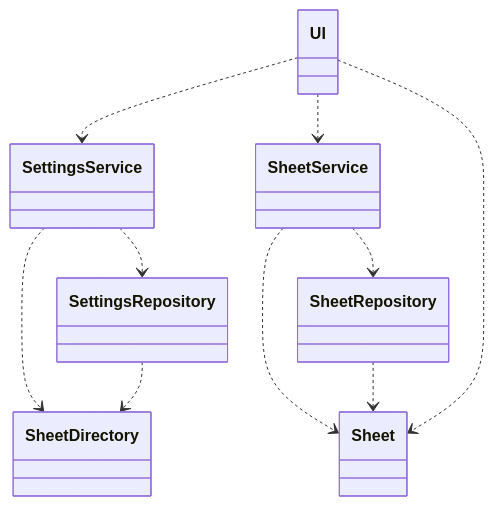
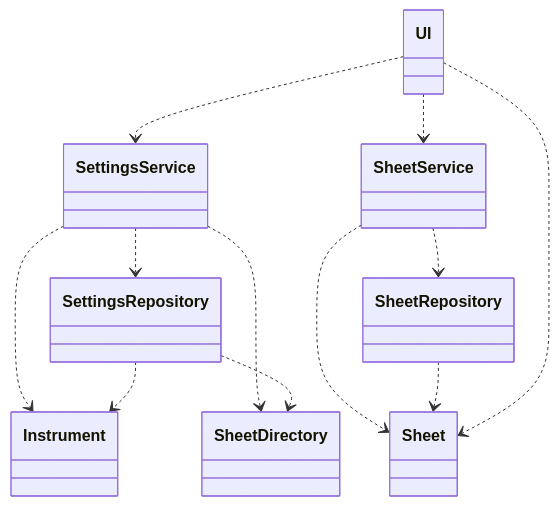
The first of 2 diagrams in dokumentaatio/arkkitehtuuri.md (TatuLaras/ot-harjoitustyo), drawn with Mermaid before and after one commit.

Commit message:
Updated class diagram in dokumentaatio/arkkitehtuuri.md

````diff
--- a/dokumentaatio/arkkitehtuuri.md
+++ b/dokumentaatio/arkkitehtuuri.md
@@ -5,23 +5,25 @@
 ```mermaid
 classDiagram
     class UI
 
     class SettingsService
     class SheetService
 
     class SettingsRepository
     class SheetRepository
 
     class Sheet
     class SheetDirectory
 
     UI..>SettingsService
     UI..>SheetService
     SettingsService..>SettingsRepository
     SheetService..>SheetRepository
     SheetService..>Sheet
     SheetRepository..>Sheet
+    SettingsService..>Instrument
+    SettingsRepository..>Instrument
     SettingsService..>SheetDirectory
     SettingsRepository..>SheetDirectory
     UI..>Sheet
 ```
````
